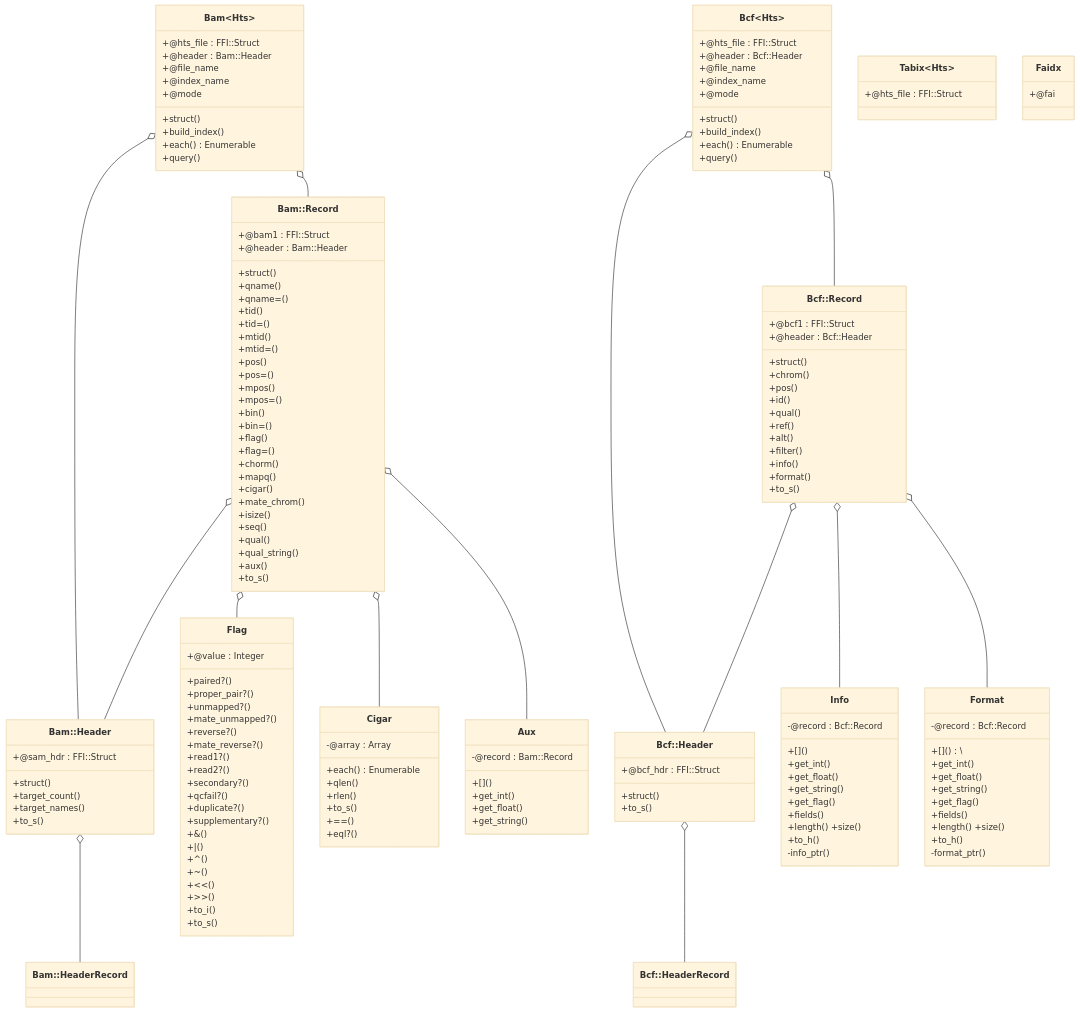
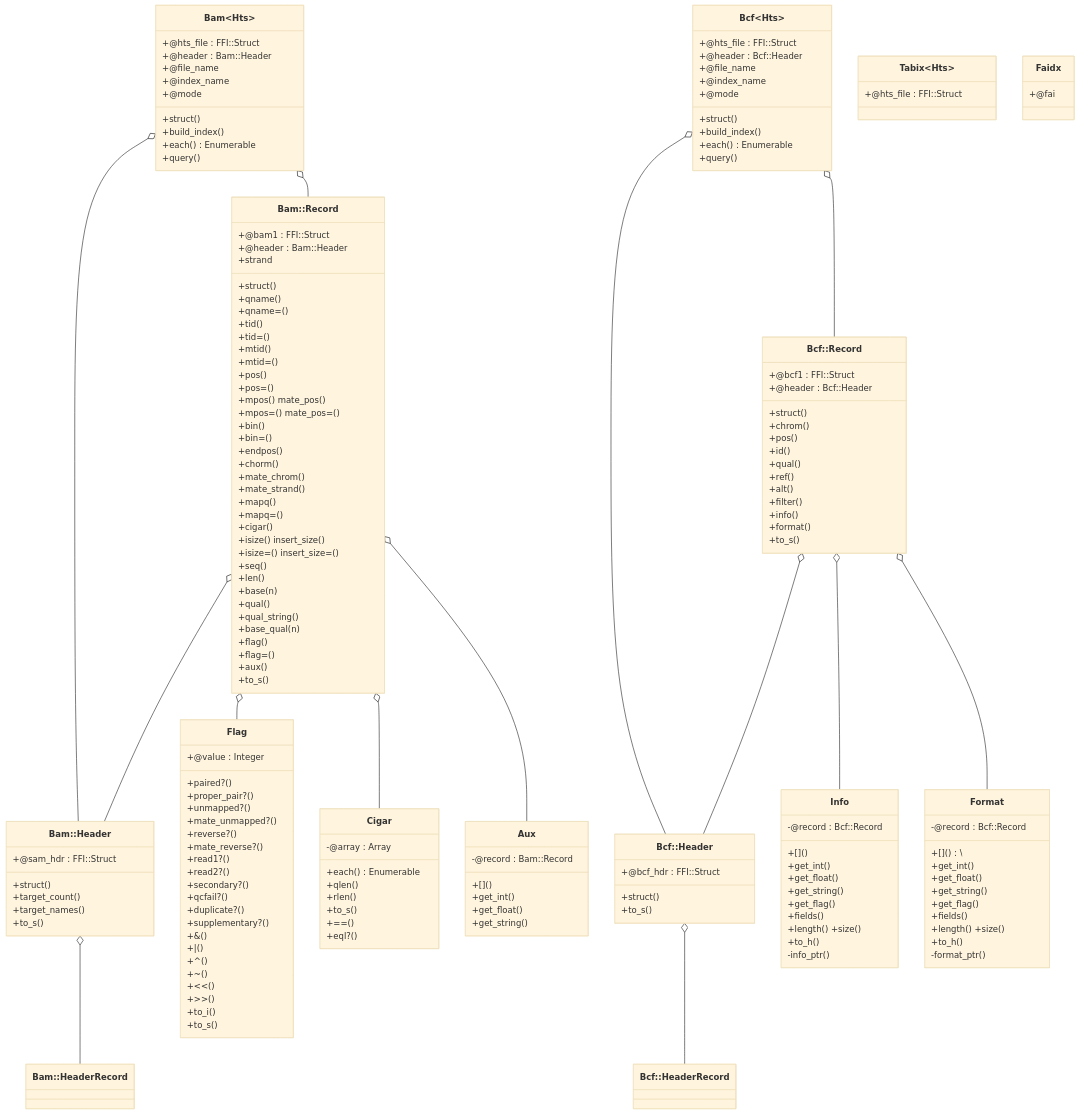
The diagram in TUTORIAL.md (kojix2/ruby-htslib), drawn with Mermaid before and after one commit.

```diff
--- a/TUTORIAL.md
+++ b/TUTORIAL.md
@@ -60,20 +60,28 @@
   +mtid=()
   +pos()
   +pos=()
-  +mpos()
-  +mpos=()
+  +mpos() mate_pos()
+  +mpos=() mate_pos=()
   +bin()
   +bin=()
+  +endpos()
+  +chorm()
+  +mate_chrom()
+  +strand
+  +mate_strand()
+  +mapq()
+  +mapq=()
+  +cigar()
+  +isize() insert_size()
+  +isize=() insert_size=()
+  +seq()
+  +len()
+  +base(n)
+  +qual()
+  +qual_string()
+  +base_qual(n)
   +flag()
   +flag=()
-  +chorm()
-  +mapq()
-  +cigar()
-  +mate_chrom()
-  +isize()
-  +seq()
-  +qual()
-  +qual_string()
   +aux()
   +to_s()
 }
```
